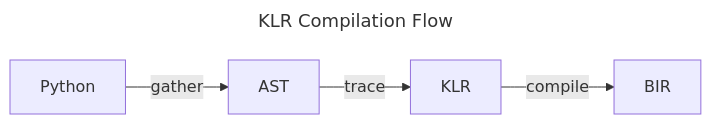
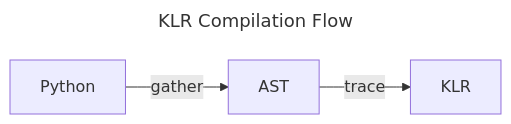
The diagram in docs/getting_started.md (leanprover/KLR), drawn with Mermaid before and after one commit. The commit also changed other lines of this file and 2 other files, not shown here.

Commit message:
remove BIR related files

````diff
--- a/docs/getting_started.md
+++ b/docs/getting_started.md
@@ -189,9 +187,8 @@
 ```mermaid
 ---
 title: KLR Compilation Flow
 ---
 graph LR
   Python -- gather --> AST
   AST -- trace --> KLR
-  KLR -- compile --> BIR
 ```
````
